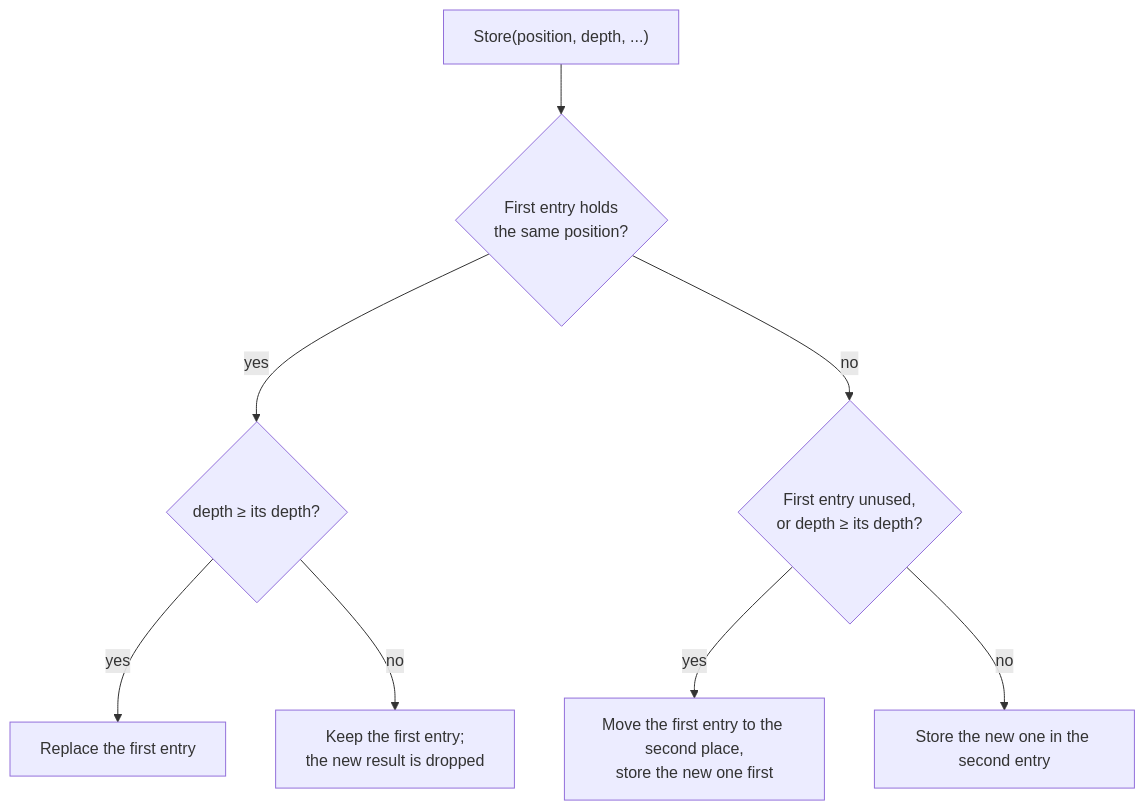
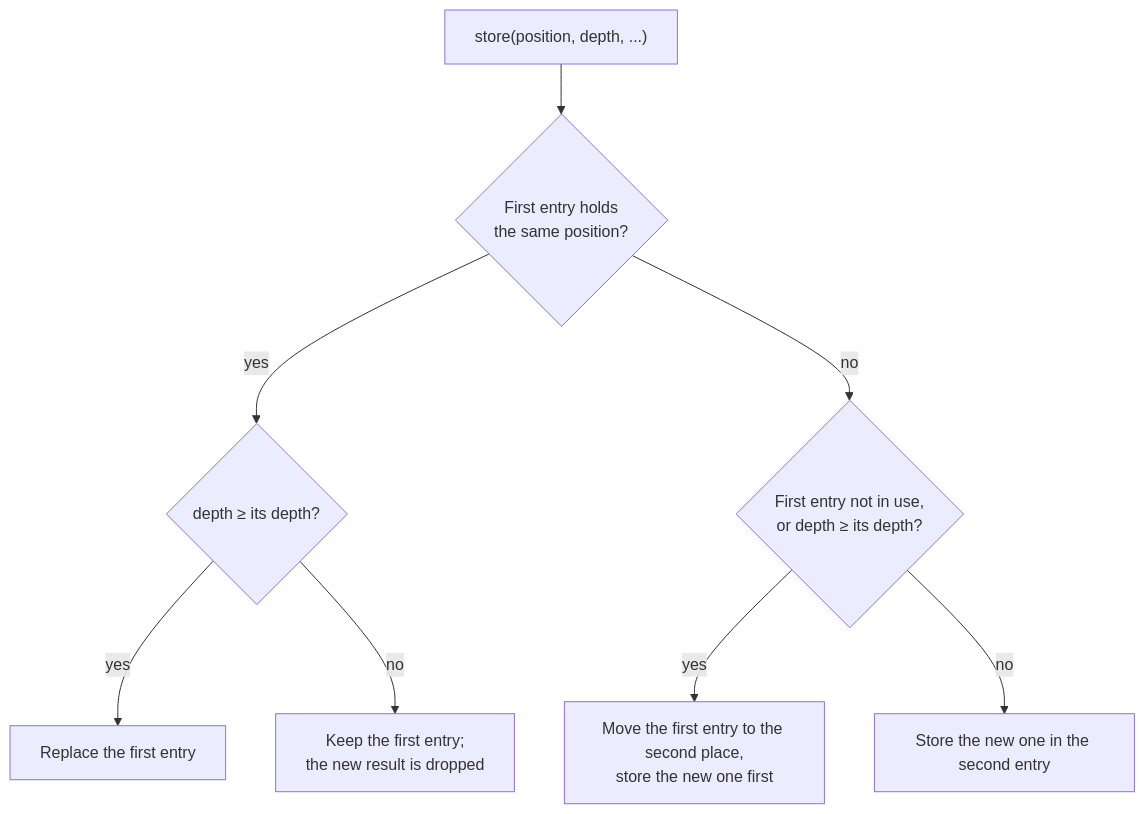
The first of 2 diagrams in docs/07-transposition-table.md (cjp-dev/Stello), drawn with Mermaid before and after one commit. The commit also changed other lines of this file and 26 other files, not shown here.

````diff
--- a/docs/07-transposition-table.md
+++ b/docs/07-transposition-table.md
@@ -73,10 +74,10 @@
 ```mermaid
 flowchart TD
-    S["Store(position, depth, ...)"] --> Same{"First entry holds<br/>the same position?"}
+    S["store(position, depth, ...)"] --> Same{"First entry holds<br/>the same position?"}
     Same -- "yes" --> Deeper{"depth ≥ its depth?"}
     Deeper -- "yes" --> Replace["Replace the first entry"]
     Deeper -- "no" --> Keep["Keep the first entry;<br/>the new result is dropped"]
-    Same -- "no" --> Empty{"First entry unused,<br/>or depth ≥ its depth?"}
+    Same -- "no" --> Empty{"First entry not in use,<br/>or depth ≥ its depth?"}
     Empty -- "yes" --> Move["Move the first entry to the second place,<br/>store the new one first"]
     Empty -- "no" --> Second["Store the new one in the second entry"]
 ```
````
